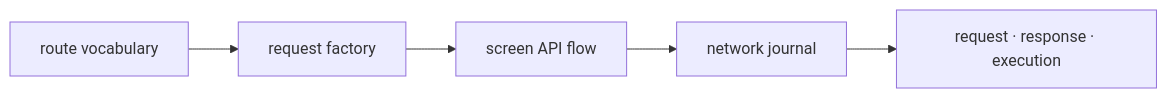
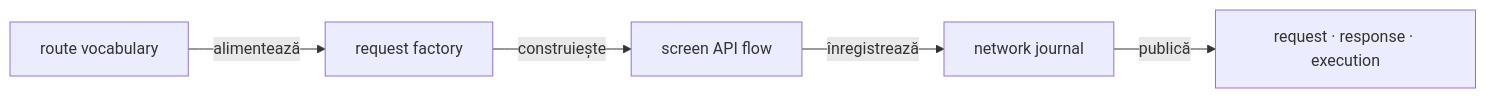
One commit to crististefanita/demo2 changed the sixth of 8 diagrams in atf-test-practice-shop/README.md. Above: the diagram before and after it, drawn with Mermaid. The commit also changed other lines of this file and 102 other files, not shown here.

````diff
--- a/atf-test-practice-shop/README.md
+++ b/atf-test-practice-shop/README.md
@@ -309,7 +313,7 @@
 ```mermaid
 flowchart LR
-    Routes["route vocabulary"] --> Factory["request factory"]
-    Factory --> ScreenFlow["screen API flow"]
-    ScreenFlow --> Journal["network journal"]
-    Journal --> Evidence["request · response · execution"]
+    Routes["route vocabulary"] -->|alimentează| Factory["request factory"]
+    Factory -->|construiește| ScreenFlow["screen API flow"]
+    ScreenFlow -->|înregistrează| Journal["network journal"]
+    Journal -->|publică| Evidence["request · response · execution"]
 ```
````
